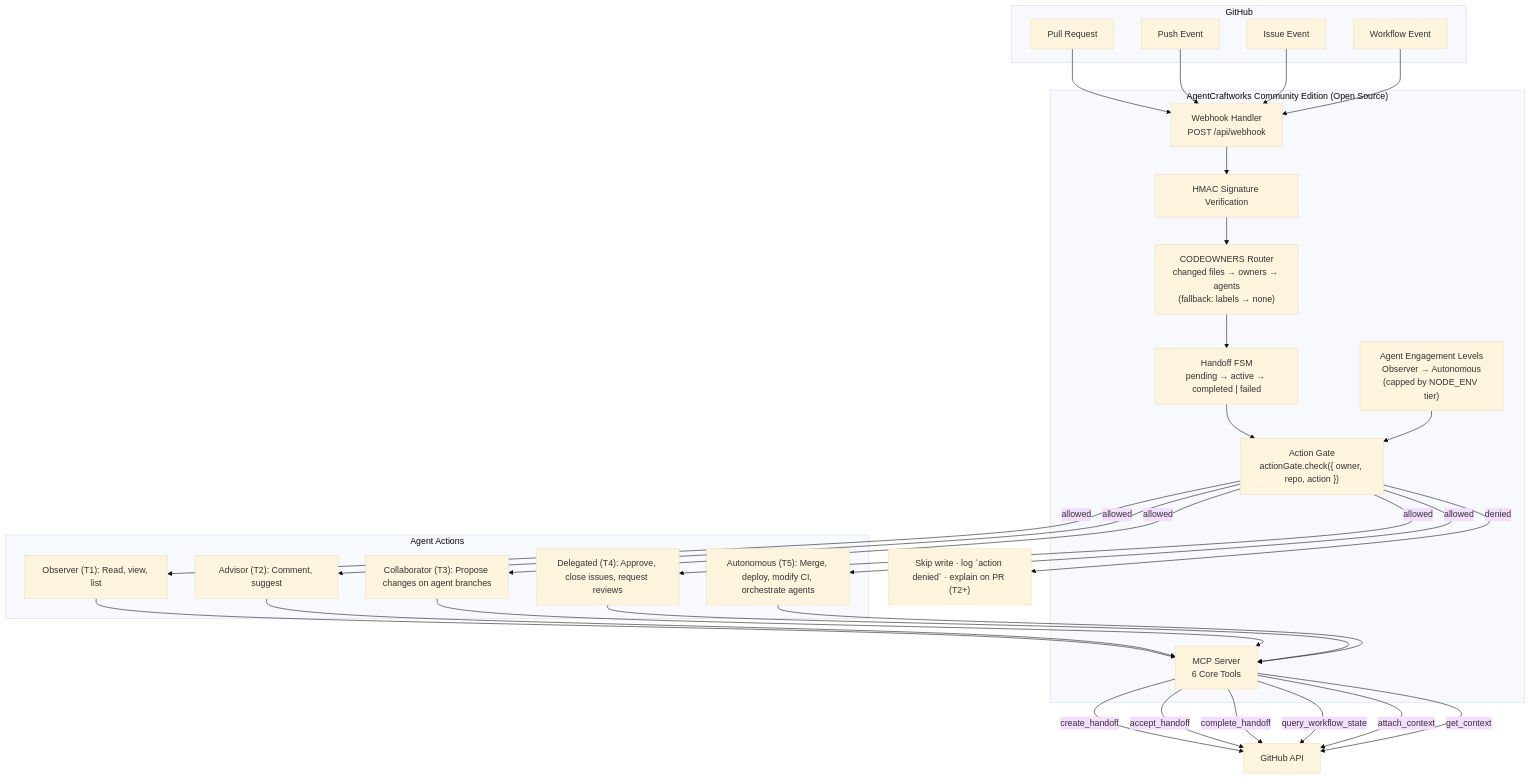
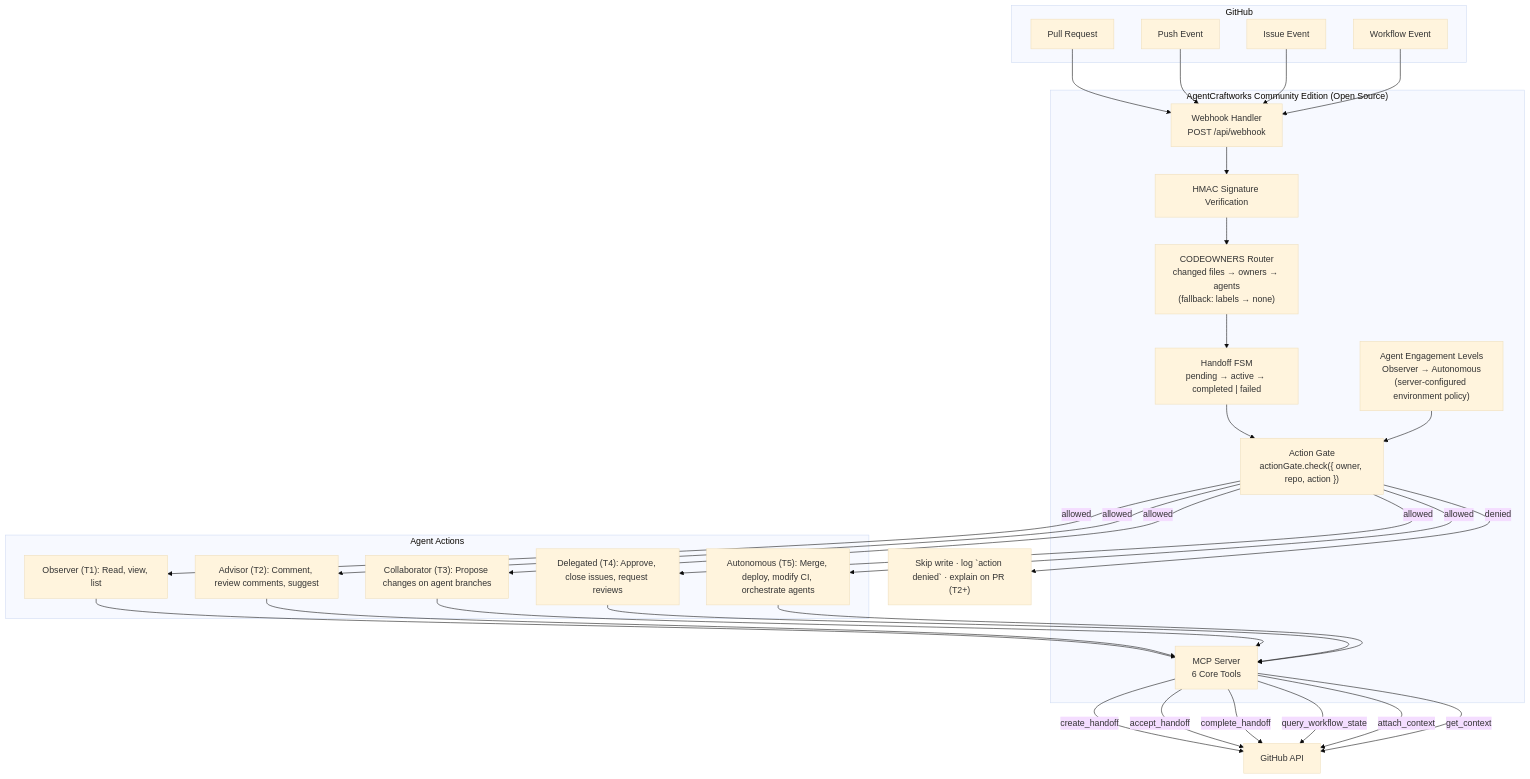
The first of 2 diagrams in docs/architecture.md (AgentCraftworks/AgentCraftworks-CE), drawn with Mermaid (base theme) before and after one commit.

Commit message:
docs(governance): align webhook tier reference

````diff
--- a/docs/architecture.md
+++ b/docs/architecture.md
@@ -18,54 +18,54 @@
 ```mermaid
 graph TD
     subgraph GitHub["GitHub"]
         prEvent["Pull Request"]
         pushEvent["Push Event"]
         issueEvent["Issue Event"]
         workflowEvent["Workflow Event"]
     end
 
     subgraph CE["AgentCraftworks Community Edition (Open Source)"]
         webhookHandler["Webhook Handler<br/>POST /api/webhook"]
         signatureVerify["HMAC Signature Verification"]
         codeownersRouter["CODEOWNERS Router<br/>changed files → owners → agents<br/>(fallback: labels → none)"]
         eventFsm["Handoff FSM<br/>pending → active → completed | failed"]
         actionGate["Action Gate<br/>actionGate.check({ owner, repo, action })"]
-        engagementLevels["Agent Engagement Levels<br/>Observer → Autonomous<br/>(capped by NODE_ENV tier)"]
+        engagementLevels["Agent Engagement Levels<br/>Observer → Autonomous<br/>(server-configured environment policy)"]
         mcpServer["MCP Server<br/>6 Core Tools"]
     end
 
     subgraph Actions["Agent Actions"]
         level1["Observer (T1): Read, view, list"]
-        level2["Advisor (T2): Comment, suggest"]
+        level2["Advisor (T2): Comment, review comments, suggest"]
         level3["Collaborator (T3): Propose changes on agent branches"]
         level4["Delegated (T4): Approve, close issues, request reviews"]
         level5["Autonomous (T5): Merge, deploy, modify CI, orchestrate agents"]
     end
 
     prEvent --> webhookHandler
     pushEvent --> webhookHandler
     issueEvent --> webhookHandler
     workflowEvent --> webhookHandler
     webhookHandler --> signatureVerify
     signatureVerify --> codeownersRouter
     codeownersRouter --> eventFsm
     eventFsm --> actionGate
     engagementLevels --> actionGate
     actionGate -->|allowed| level1
     actionGate -->|allowed| level2
     actionGate -->|allowed| level3
     actionGate -->|allowed| level4
     actionGate -->|allowed| level5
     actionGate -->|denied| denied["Skip write · log `action denied` · explain on PR (T2+)"]
     level1 --> mcpServer
     level2 --> mcpServer
     level3 --> mcpServer
     level4 --> mcpServer
     level5 --> mcpServer
     mcpServer -->|create_handoff| ghApi["GitHub API"]
     mcpServer -->|accept_handoff| ghApi
     mcpServer -->|complete_handoff| ghApi
     mcpServer -->|query_workflow_state| ghApi
     mcpServer -->|attach_context| ghApi
     mcpServer -->|get_context| ghApi
 ```
````
